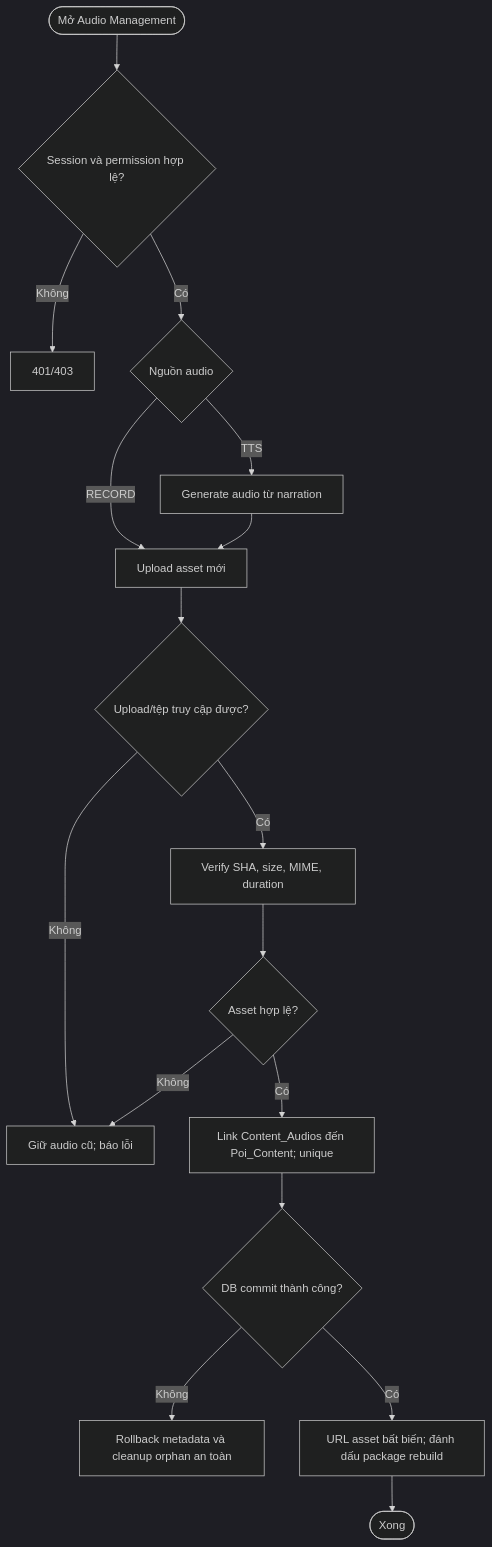
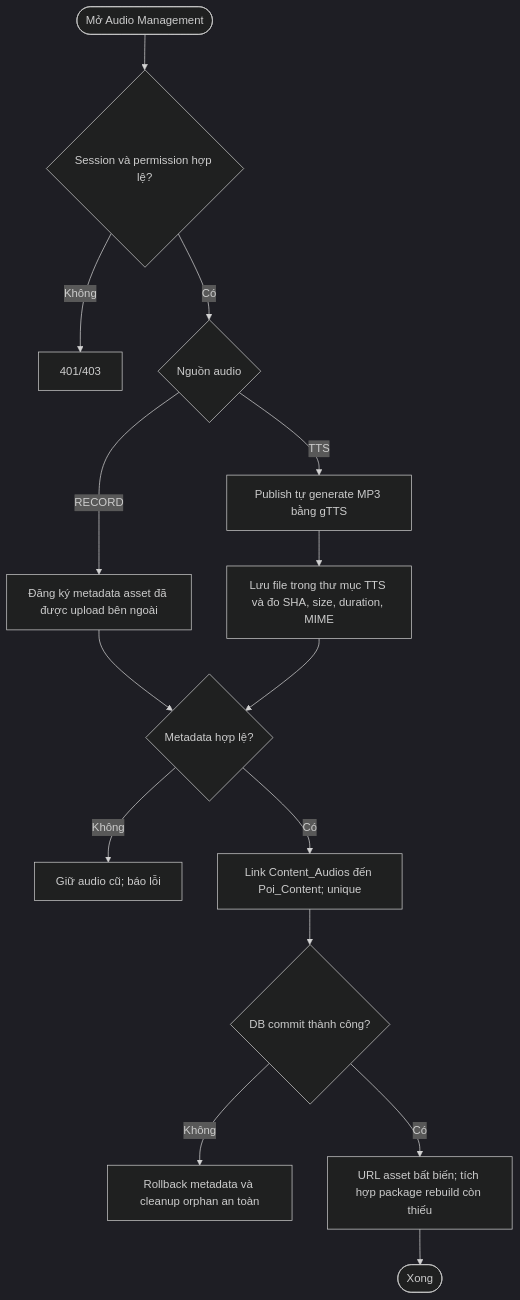
One commit to Ko4rut/multilingual-narration-backend changed the third of 3 diagrams in docs/use-case/ep-w01-poi-narration-administration.md. Above: the diagram before and after it, drawn with Mermaid (dark theme). The commit also changed other lines of this file and 28 other files, not shown here.

Commit message:
feat(poi): complete narration publishing with local TTS

````diff
--- a/docs/use-case/ep-w01-poi-narration-administration.md
+++ b/docs/use-case/ep-w01-poi-narration-administration.md
@@ -84,17 +81,16 @@
 ```mermaid
 flowchart TD
  A([Mở Audio Management]) --> B{Session và permission hợp lệ?}
  B -- Không --> X[401/403]
  B -- Có --> C{Nguồn audio}
- C -- RECORD --> D[Upload asset mới]
- C -- TTS --> E[Generate audio từ narration] --> D
- D --> F{Upload/tệp truy cập được?}
- F -- Không --> G[Giữ audio cũ; báo lỗi]
- F -- Có --> H[Verify SHA, size, MIME, duration]
- H --> I{Asset hợp lệ?}
- I -- Không --> G
+ C -- RECORD --> D[Đăng ký metadata asset đã được upload bên ngoài]
+ C -- TTS --> E[Publish tự generate MP3 bằng gTTS]
+ E --> F[Lưu file trong thư mục TTS và đo SHA, size, duration, MIME]
+ D --> I{Metadata hợp lệ?}
+ F --> I
+ I -- Không --> G[Giữ audio cũ; báo lỗi]
  I -- Có --> J[Link Content_Audios đến Poi_Content; unique]
  J --> K{DB commit thành công?}
  K -- Không --> L[Rollback metadata và cleanup orphan an toàn]
- K -- Có --> M[URL asset bất biến; đánh dấu package rebuild] --> N([Xong])
+ K -- Có --> M[URL asset bất biến; tích hợp package rebuild còn thiếu] --> N([Xong])
 ```
````
